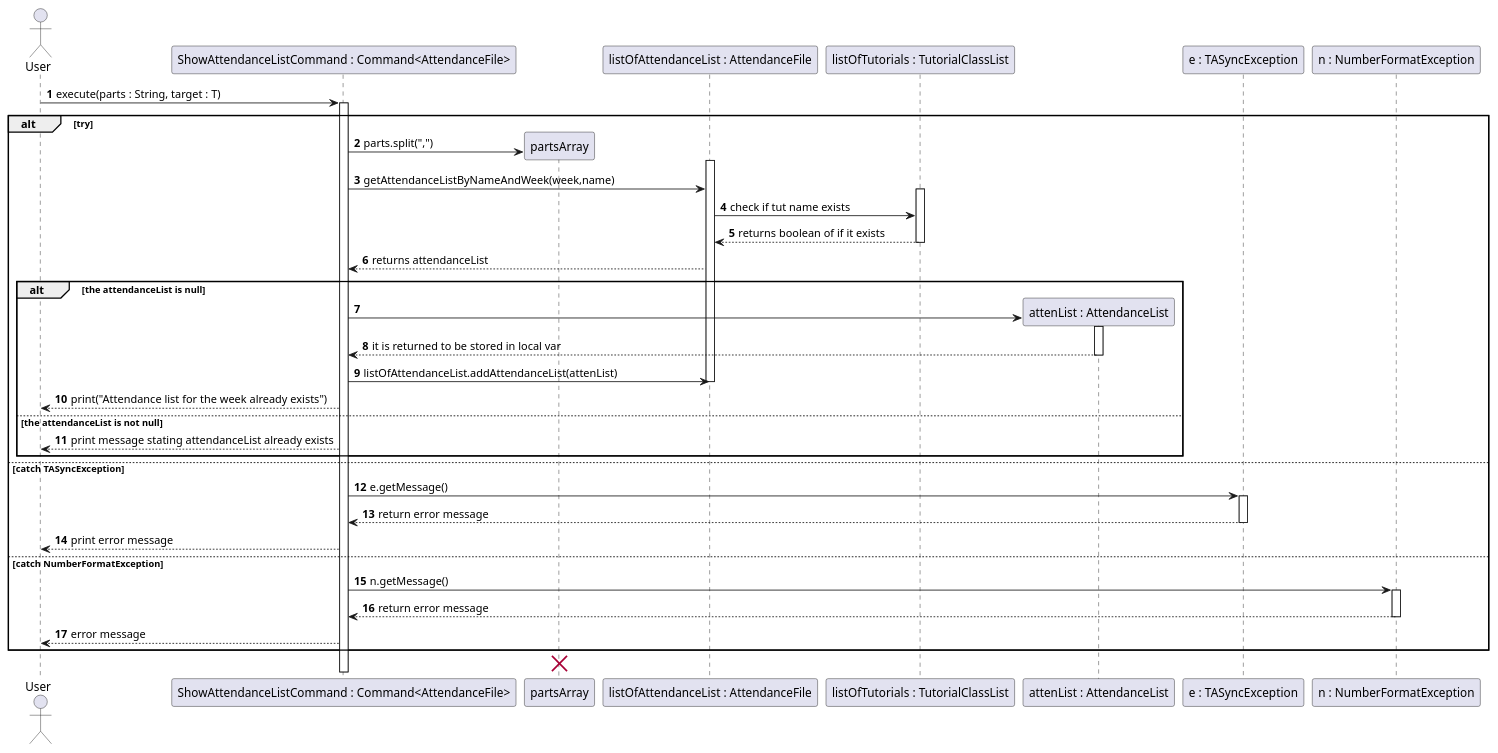
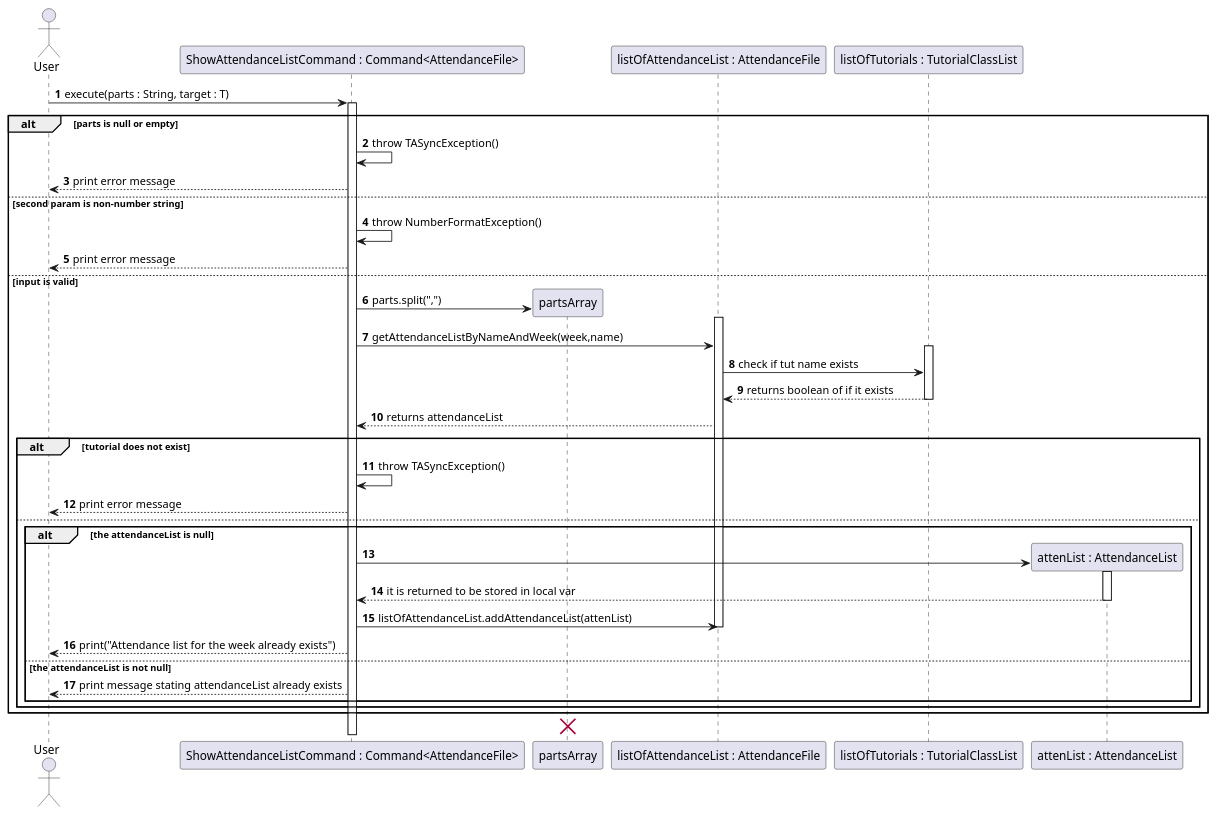
The diagram in docs/diagrams/attendancelistcommands/CreateNewAttendanceListCommand.puml (wongyihao02/tp), drawn with PlantUML before and after one commit. The commit also changed 7 other files, not shown here.

Commit message:
updated seq diagrams

```diff
--- a/docs/diagrams/attendancelistcommands/CreateNewAttendanceListCommand.puml
+++ b/docs/diagrams/attendancelistcommands/CreateNewAttendanceListCommand.puml
@@ -1,60 +1,54 @@
 @startuml
 'https://plantuml.com/sequence-diagram
 
 autonumber
 actor User
 participant "ShowAttendanceListCommand : Command<AttendanceFile>" as command
 participant "partsArray" as parts
 participant "listOfAttendanceList : AttendanceFile" as listOfAttendanceList
 participant "listOfTutorials : TutorialClassList" as listOfTutorials
 participant "attenList : AttendanceList" as attenList
-participant "e : TASyncException" as e
-participant "n : NumberFormatException" as n
+
 
 User -> command : execute(parts : String, target : T)
 activate command
-alt try
+alt parts is null or empty
+command -> command : throw TASyncException()
+command --> User : print error message
+else second param is non-number string
+command -> command : throw NumberFormatException()
+command --> User : print error message
+else input is valid
 create parts
 command -> parts : parts.split(",")
 activate listOfAttendanceList
 command -> listOfAttendanceList : getAttendanceListByNameAndWeek(week,name)
 activate listOfTutorials
 listOfAttendanceList -> listOfTutorials : check if tut name exists
 listOfTutorials --> listOfAttendanceList: returns boolean of if it exists
 deactivate listOfTutorials
 
 listOfAttendanceList --> command : returns attendanceList
+alt tutorial does not exist
+command -> command : throw TASyncException()
+command --> User : print error message
+else
 alt the attendanceList is null
 create attenList
 command -> attenList
 activate attenList
 attenList --> command : it is returned to be stored in local var
 deactivate attenList
 command -> listOfAttendanceList : listOfAttendanceList.addAttendanceList(attenList)
 
 
 deactivate listOfAttendanceList
 command --> User : print("Attendance list for the week already exists")
 else the attendanceList is not null
 command --> User : print message stating attendanceList already exists
 end alt
-
-else catch TASyncException
-
-
-    command -> e : e.getMessage()
-        activate e
-        e --> command : return error message
-        deactivate e
-        command --> User  : print error message
-
-        else catch NumberFormatException
-         command -> n : n.getMessage()
-         activate n
-         n --> command : return error message
-         deactivate n
-         command --> User : error message
-end
+end alt
+end alt
 
 destroy parts
 @enduml
```
